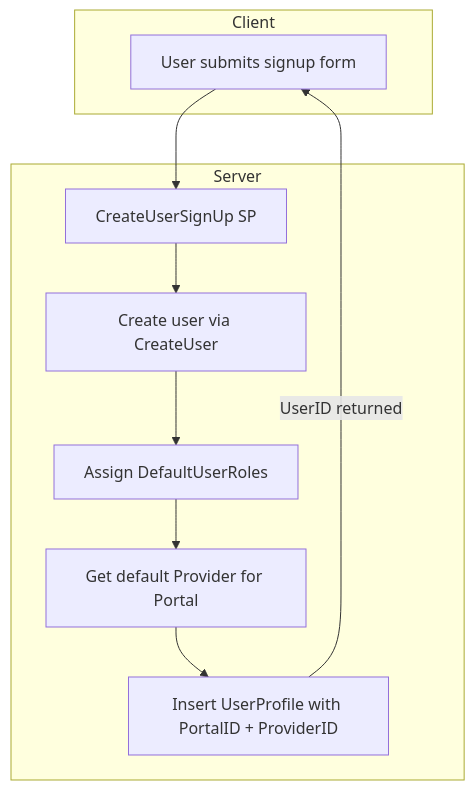
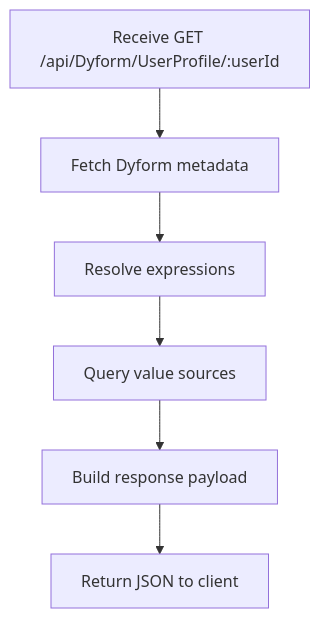
The eighth of 11 diagrams in Design.md (kurickabides/skylynx-server), drawn with Mermaid before and after one commit. The commit also changed other lines of this file and 5 other files, not shown here.

````diff
--- a/Design.md
+++ b/Design.md
@@ -241,15 +663,11 @@
-``` mermaid
-flowchart TD
-    subgraph Client
-        A[User submits signup form]
-    end
-    subgraph Server
-        B[CreateUserSignUp SP]
-        C[Create user via CreateUser]
-        D[Assign DefaultUserRoles]
-        E[Get default Provider for Portal]
-        F[Insert UserProfile with PortalID + ProviderID]
-    end
+```mermaid
+graph TD
+  A[Receive GET /api/Dyform/UserProfile/:userId]
+  B[Fetch Dyform metadata]
+  C[Resolve expressions]
+  D[Query value sources]
+  E[Build response payload]
+  F[Return JSON to client]
 
-    A --> B --> C --> D --> E --> F -->|UserID returned| A
+  A --> B --> C --> D --> E --> F
 ```
````
